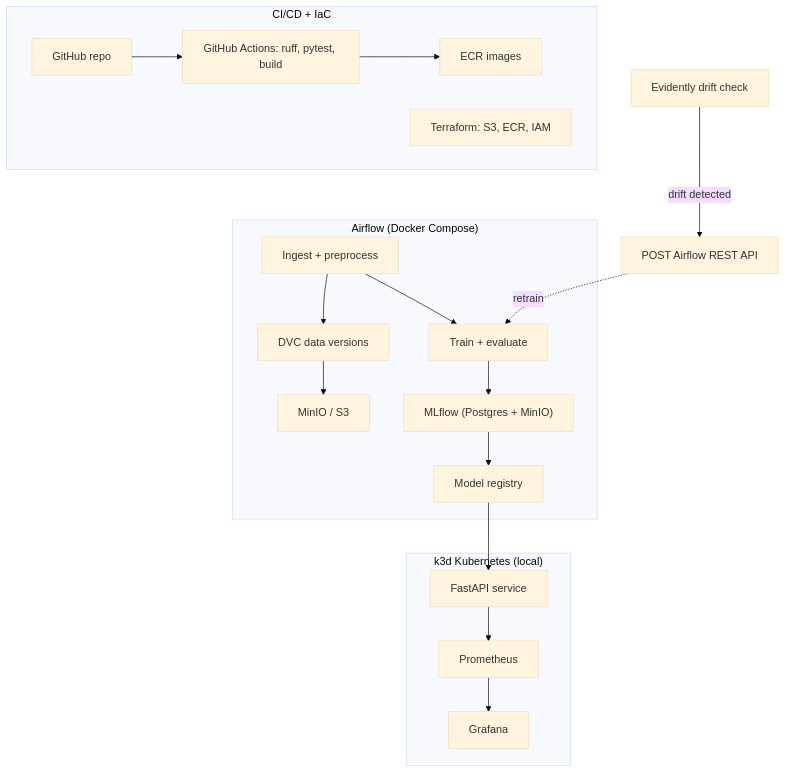
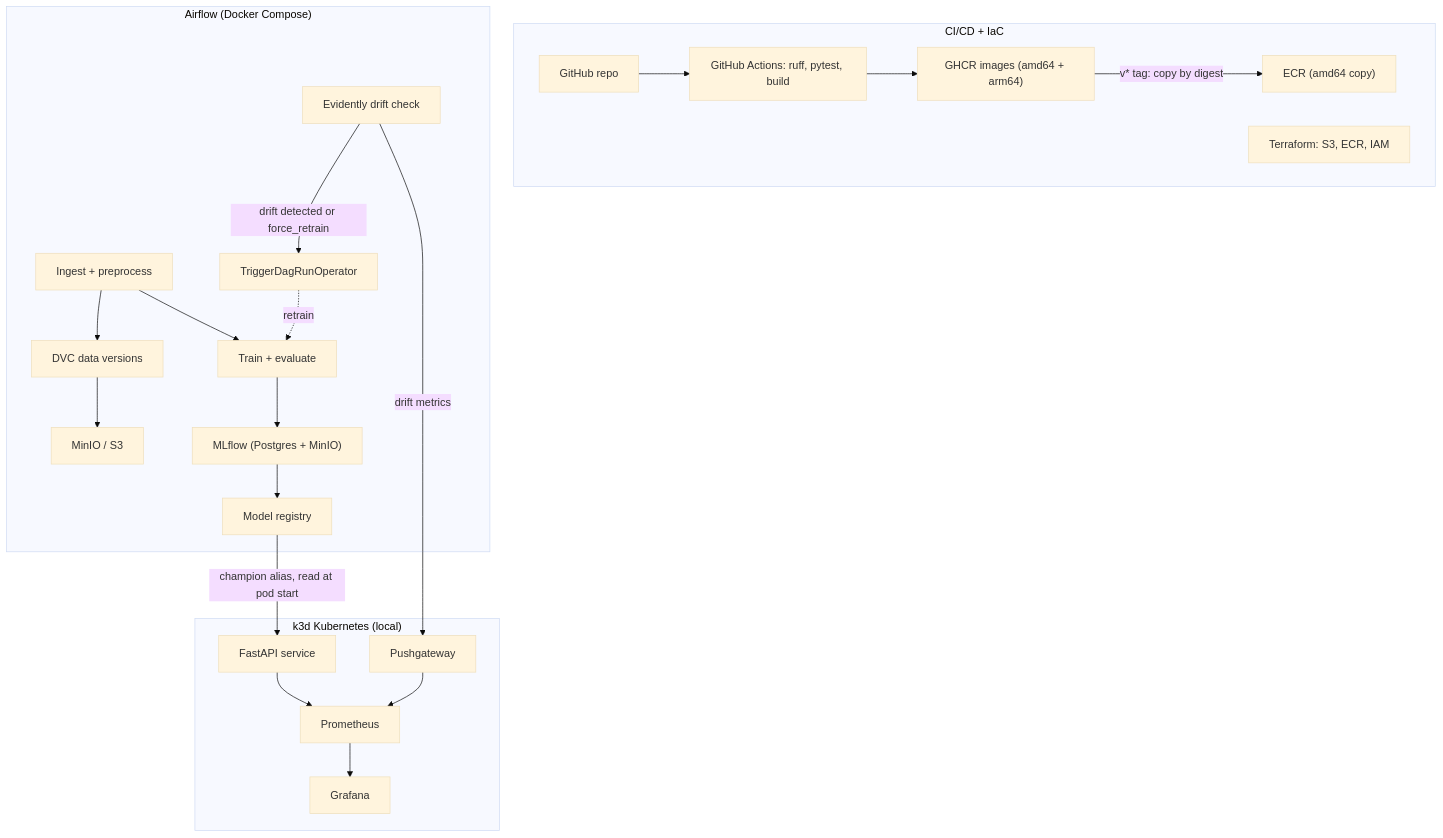
One commit to krsandeep-dev/mlops-pipeline changed the diagram in README.md. Above: the diagram before and after it, drawn with Mermaid (base theme). The commit also changed other lines of this file, not shown here.

````diff
--- a/README.md
+++ b/README.md
@@ -14,25 +14,28 @@
 ```mermaid
 flowchart TB
     subgraph cicd["CI/CD + IaC"]
         GH["GitHub repo"] --> GA["GitHub Actions: ruff, pytest, build"]
-        GA --> ECR["ECR images"]
+        GA --> GHCR["GHCR images (amd64 + arm64)"]
+        GHCR -->|"v* tag: copy by digest"| ECR["ECR (amd64 copy)"]
         TF["Terraform: S3, ECR, IAM"]
     end
 
     subgraph airflow["Airflow (Docker Compose)"]
         ING["Ingest + preprocess"] --> DVC["DVC data versions"]
         DVC --> OBJ["MinIO / S3"]
         ING --> TR["Train + evaluate"]
         TR --> MLF["MLflow (Postgres + MinIO)"]
         MLF --> REG["Model registry"]
+        EVD["Evidently drift check"] -->|"drift detected or force_retrain"| TRIG["TriggerDagRunOperator"]
+        TRIG -.->|"retrain"| TR
     end
 
     subgraph k3d["k3d Kubernetes (local)"]
         API["FastAPI service"] --> PROM["Prometheus"]
+        PUSH["Pushgateway"] --> PROM
         PROM --> GRAF["Grafana"]
     end
 
-    REG --> API
-    EVD["Evidently drift check"] -->|"drift detected"| TRIG["POST Airflow REST API"]
-    TRIG -.->|"retrain"| TR
+    REG -->|"champion alias, read at pod start"| API
+    EVD -->|"drift metrics"| PUSH
 ```
````
